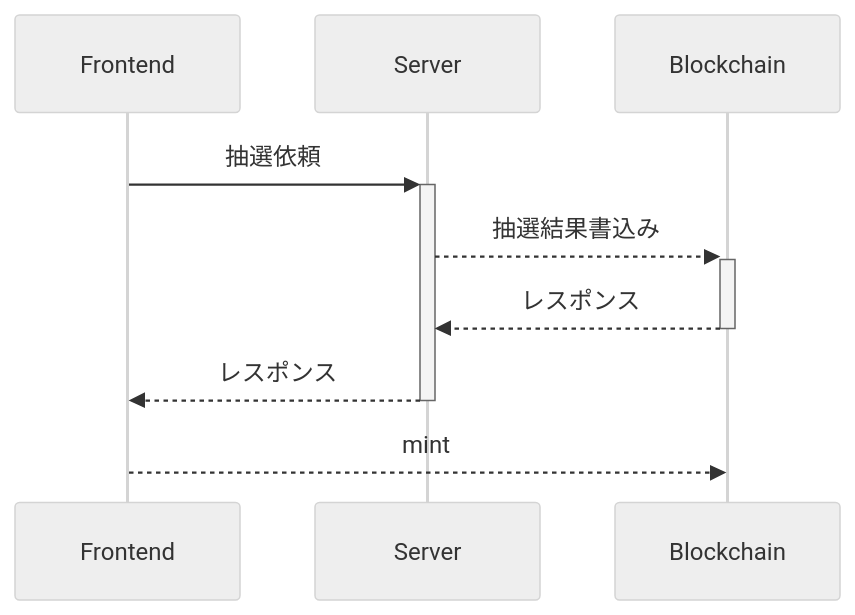
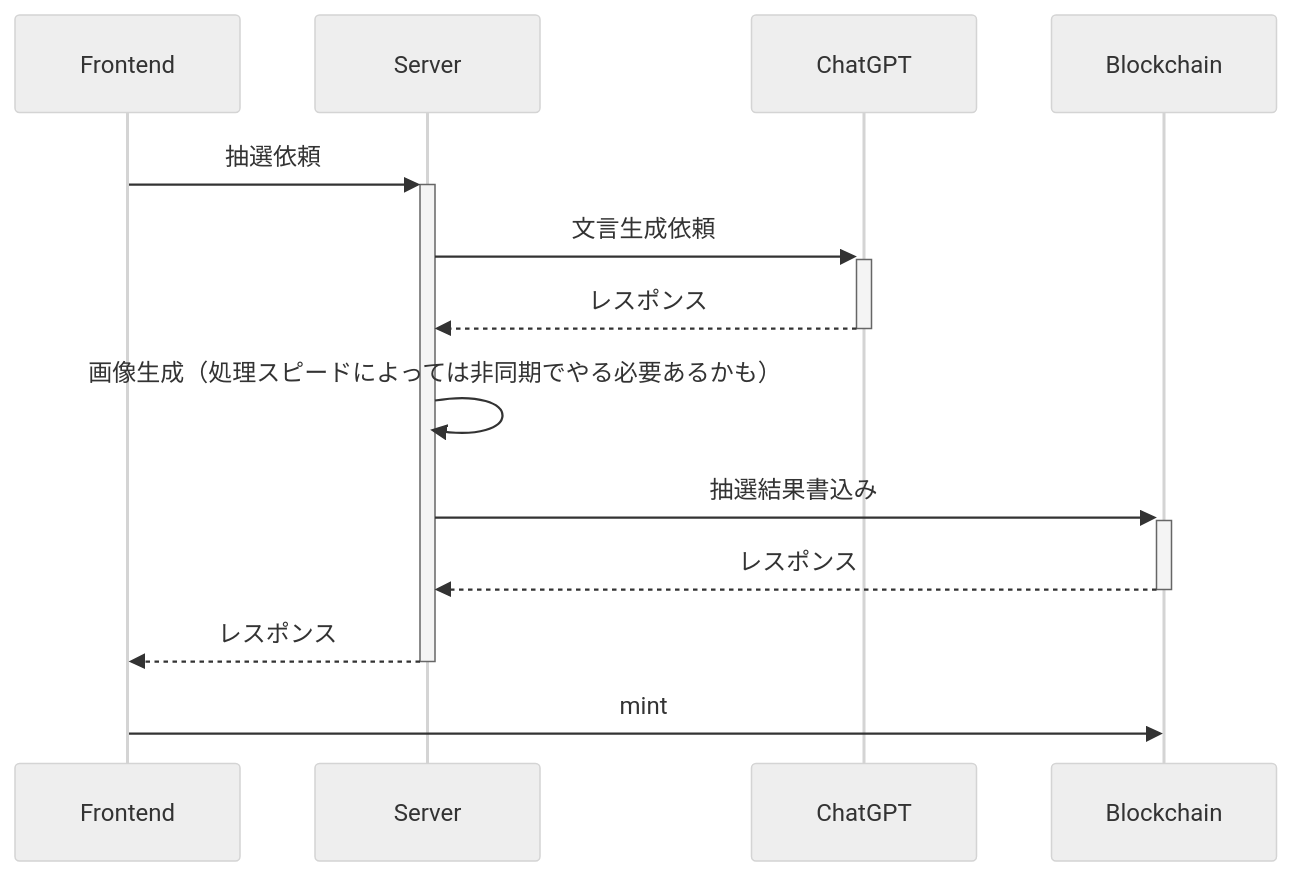
The diagram in sequence.md (lepus-shinagawa/gemini), drawn with Mermaid (neutral theme) before and after one commit.

````diff
--- a/sequence.md
+++ b/sequence.md
@@ -1,9 +1,12 @@
 ```mermaid
 sequenceDiagram
   Frontend->>+Server: 抽選依頼
-  Server-->>+Blockchain: 抽選結果書込み
+  Server->>+ChatGPT: 文言生成依頼
+  ChatGPT-->>-Server: レスポンス
+  Server->>Server: 画像生成（処理スピードによっては非同期でやる必要あるかも）
+  Server->>+Blockchain: 抽選結果書込み
   Blockchain-->>-Server: レスポンス
   Server-->>-Frontend: レスポンス
 
-  Frontend-->>Blockchain: mint
+  Frontend->>Blockchain: mint
 ```
````
